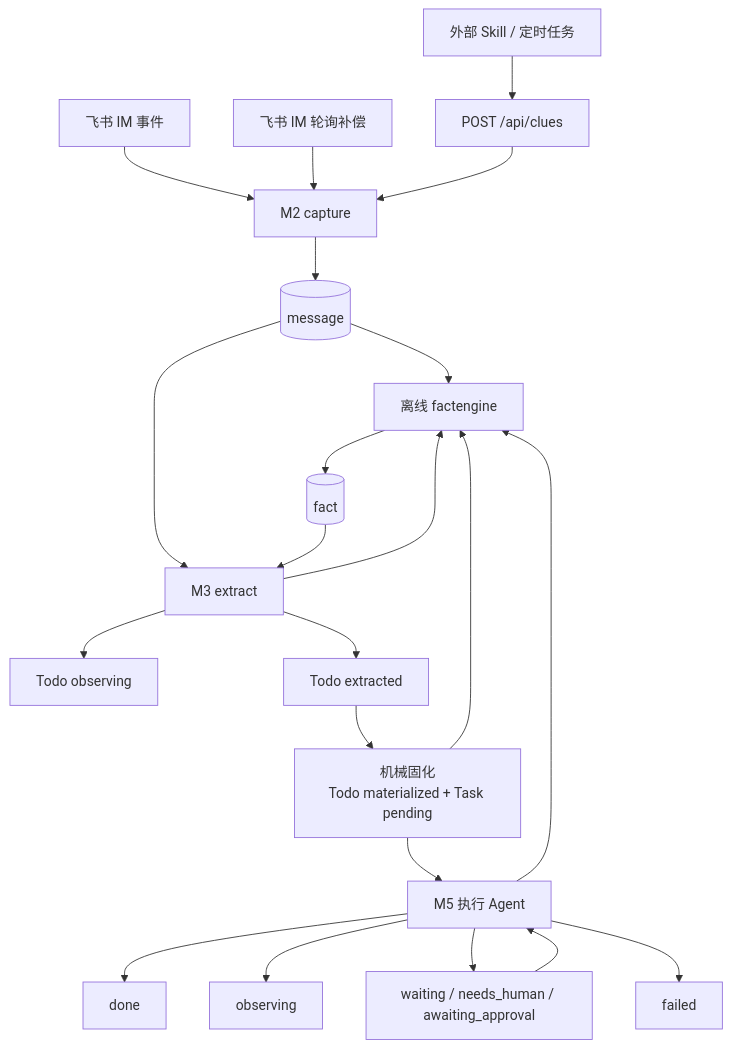
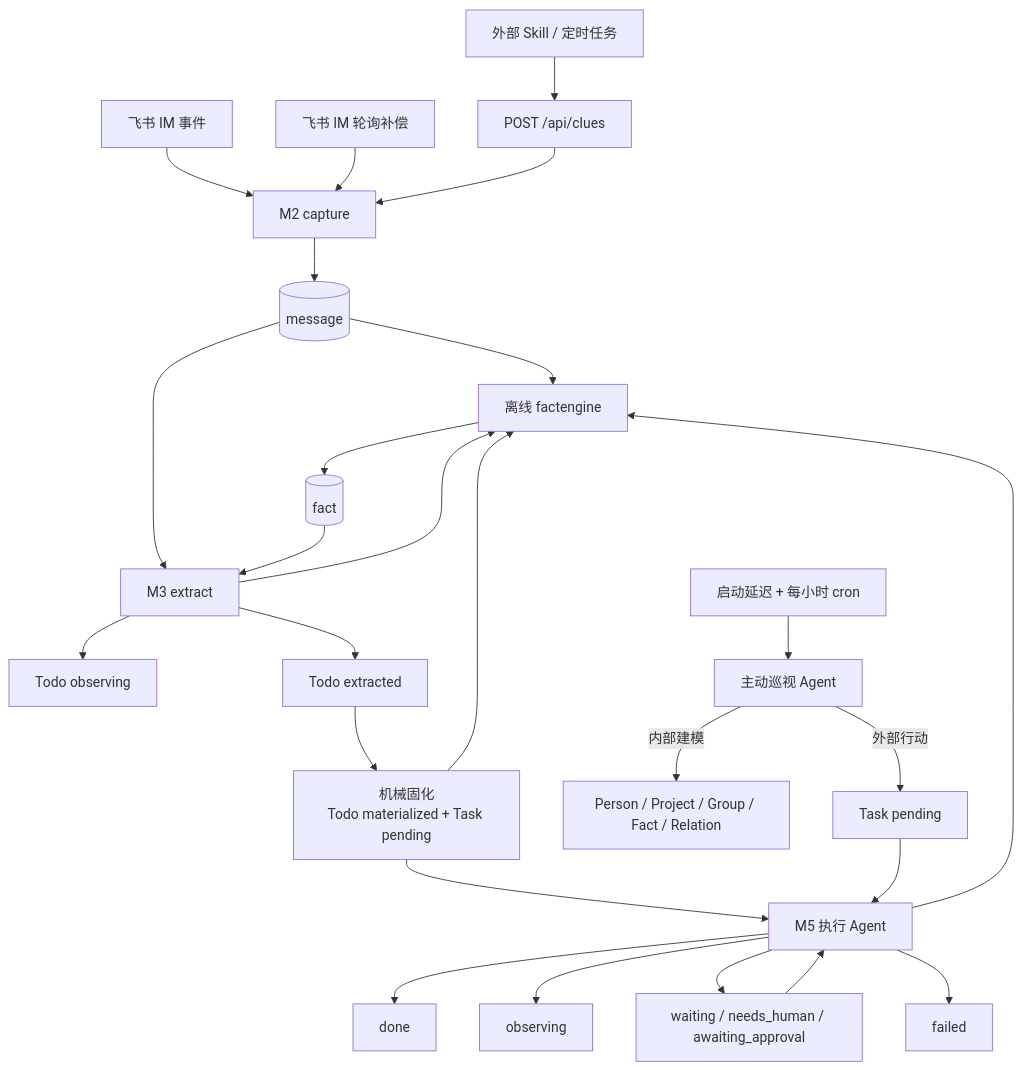
The second of 2 diagrams in docs/00-overview.md (mjscjj/jarvis), drawn with Mermaid before and after one commit. The commit also changed other lines of this file and 3 other files, not shown here.

Commit message:
docs: record proactive heartbeat architecture

````diff
--- a/docs/00-overview.md
+++ b/docs/00-overview.md
@@ -45,22 +45,25 @@
 ```mermaid
 flowchart TD
     EVENT["飞书 IM 事件"] --> M2["M2 capture"]
     POLL["飞书 IM 轮询补偿"] --> M2
     EXT["外部 Skill / 定时任务"] --> CLUE["POST /api/clues"] --> M2
     M2 --> MSG[("message")]
     MSG --> FACT["离线 factengine"] --> F[("fact")]
     MSG --> M3["M3 extract"]
     F --> M3
     M3 --> OBS0["Todo observing"]
     M3 --> EXT0["Todo extracted"]
     M3 --> FACT
     EXT0 --> MATERIALIZED["机械固化\nTodo materialized + Task pending"]
     MATERIALIZED --> EXEC["M5 执行 Agent"]
     MATERIALIZED --> FACT
     EXEC --> FACT
     EXEC --> DONE["done"]
     EXEC --> OBS2["observing"]
     EXEC --> WAIT["waiting / needs_human / awaiting_approval"]
     EXEC --> FAIL["failed"]
     WAIT --> EXEC
+    CRON["启动延迟 + 每小时 cron"] --> PROACTIVE["主动巡视 Agent"]
+    PROACTIVE -->|"内部建模"| WORLD["Person / Project / Group / Fact / Relation"]
+    PROACTIVE -->|"外部行动"| PTASK["Task pending"] --> EXEC
 ```
````
